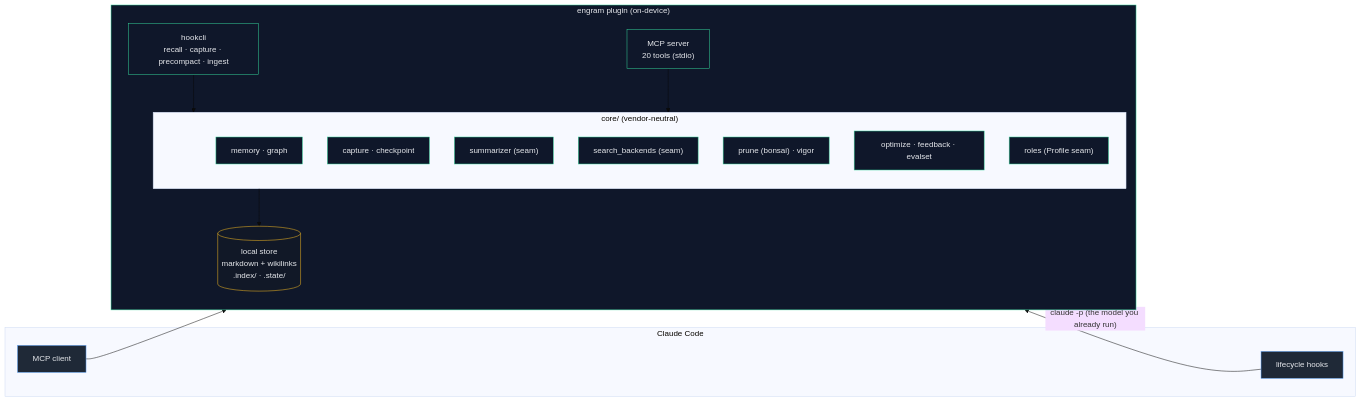
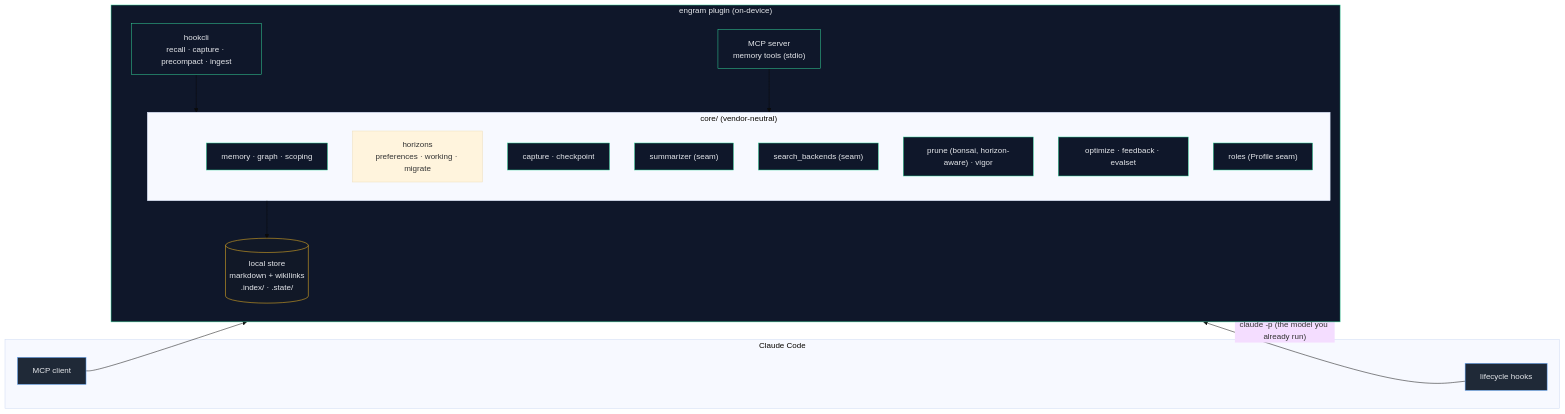
The fourth of 4 diagrams in docs/ARCHITECTURE.md (prajwalppv/engram), drawn with Mermaid (base theme) before and after one commit. The commit also changed other lines of this file and 1 other file, not shown here.

First line of the commit message:
docs: bring README + ARCHITECTURE up to date with horizon-based memory

````diff
--- a/docs/ARCHITECTURE.md
+++ b/docs/ARCHITECTURE.md
@@ -110,38 +180,39 @@
 ```mermaid
 flowchart LR
     subgraph Claude["Claude Code"]
         H["lifecycle hooks"]
         MCPc["MCP client"]
     end
 
     subgraph Plugin["engram plugin (on-device)"]
         direction TB
         HK["hookcli<br/>recall · capture · precompact · ingest"]
-        SRV["MCP server<br/>20 tools (stdio)"]
+        SRV["MCP server<br/>memory tools (stdio)"]
         subgraph Core["core/ (vendor-neutral)"]
-            MEM["memory · graph"]
+            MEM["memory · graph · scoping"]
+            HOR["horizons<br/>preferences · working · migrate"]
             CAP["capture · checkpoint"]
             SUMM["summarizer (seam)"]
             SB["search_backends (seam)"]
-            PR["prune (bonsai) · vigor"]
+            PR["prune (bonsai, horizon-aware) · vigor"]
             OPT["optimize · feedback · evalset"]
             ROL["roles (Profile seam)"]
         end
         ST[("local store<br/>markdown + wikilinks<br/>.index/ · .state/")]
     end
 
     H --> HK
     MCPc --> SRV
     HK --> Core
     SRV --> Core
     Core --> ST
     SUMM -.->|"claude -p (the model you already run)"| Claude
 
     classDef ext fill:#1f2937,stroke:#60a5fa,color:#e5e7eb;
     classDef core fill:#0f172a,stroke:#34d399,color:#e5e7eb;
     classDef data fill:#111827,stroke:#fbbf24,color:#e5e7eb;
     class H,MCPc ext;
     class HK,SRV,MEM,CAP,SUMM,SB,PR,OPT,ROL core;
     class ST,Plugin core;
     class ST data;
 ```
````
